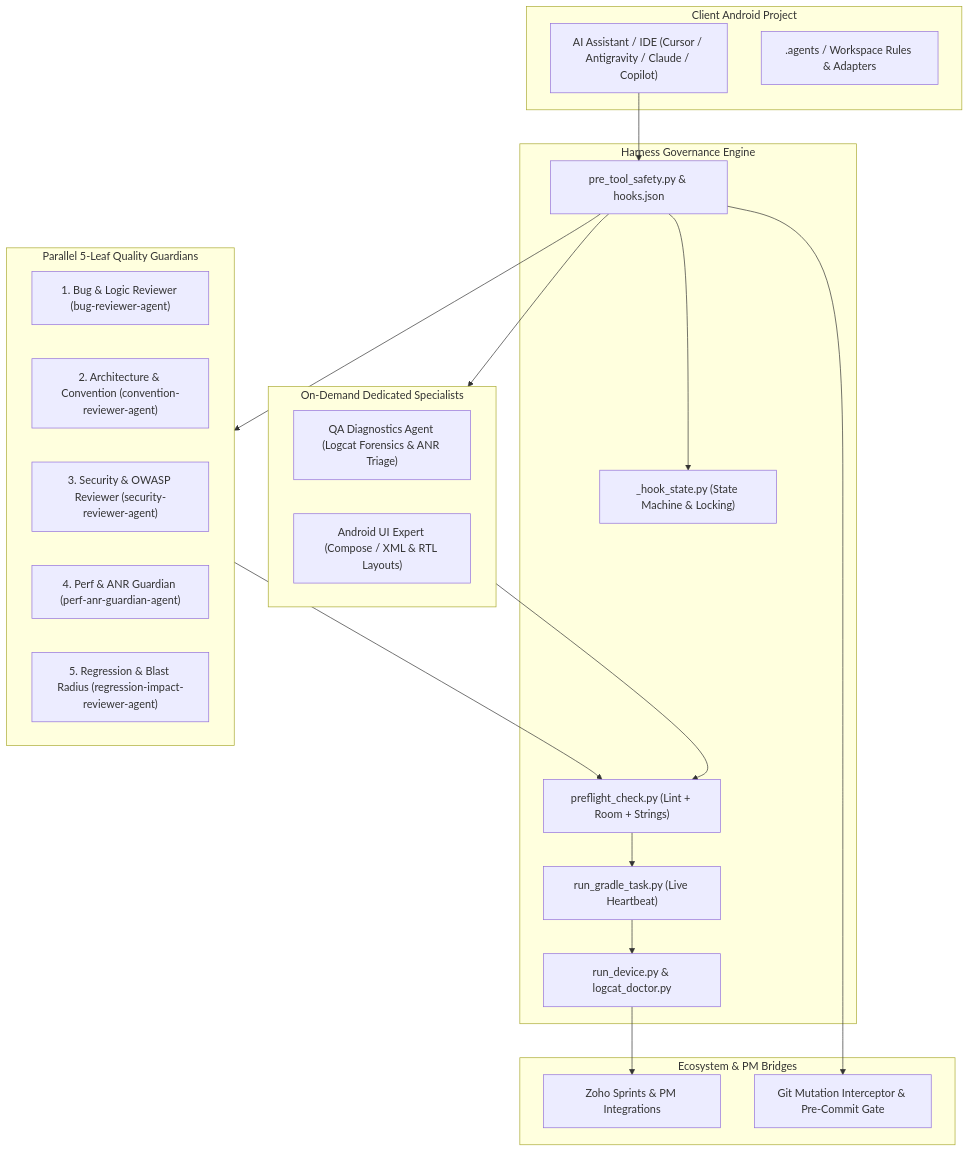
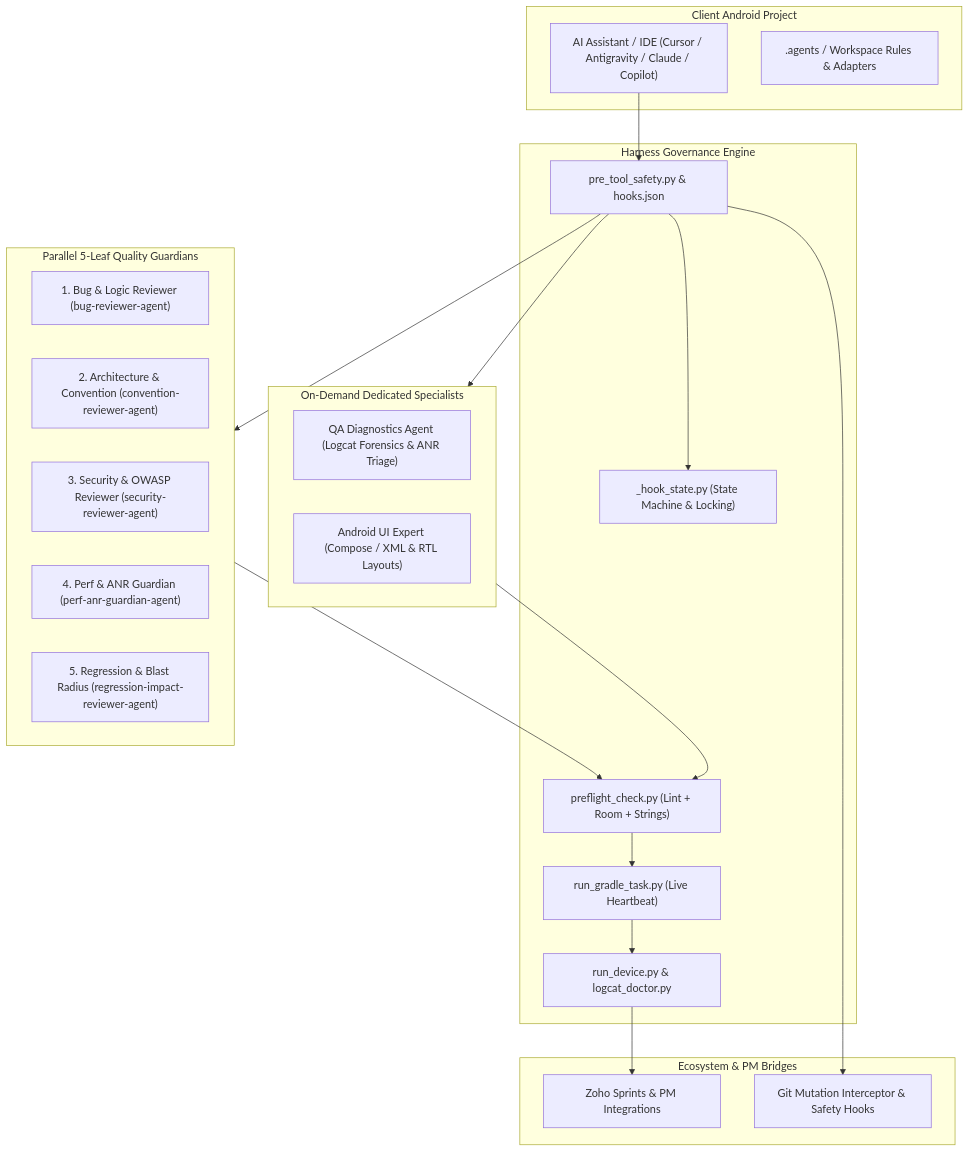
One commit to rabee-elkholy/android-agent-harness changed the first of 2 diagrams in docs/architecture.md. Above: the diagram before and after it, drawn with Mermaid. The commit also changed other lines of this file and 19 other files, not shown here.

````diff
--- a/docs/architecture.md
+++ b/docs/architecture.md
@@ -10,44 +10,44 @@
 ```mermaid
 graph TB
     subgraph Client ["Client Android Project"]
         IDE["AI Assistant / IDE (Cursor / Antigravity / Claude / Copilot)"]
         FS[".agents / Workspace Rules & Adapters"]
     end
 
     subgraph Governance ["Harness Governance Engine"]
         SafetyHooks["pre_tool_safety.py & hooks.json"]
         StateManager["_hook_state.py (State Machine & Locking)"]
         Preflight["preflight_check.py (Lint + Room + Strings)"]
         GradleStream["run_gradle_task.py (Live Heartbeat)"]
         DeviceRunner["run_device.py & logcat_doctor.py"]
     end
 
     subgraph Reviewers ["Parallel 5-Leaf Quality Guardians"]
         R1["1. Bug & Logic Reviewer (bug-reviewer-agent)"]
         R2["2. Architecture & Convention (convention-reviewer-agent)"]
         R3["3. Security & OWASP Reviewer (security-reviewer-agent)"]
         R4["4. Perf & ANR Guardian (perf-anr-guardian-agent)"]
         R5["5. Regression & Blast Radius (regression-impact-reviewer-agent)"]
     end
 
     subgraph Specialists ["On-Demand Dedicated Specialists"]
         S1["QA Diagnostics Agent (Logcat Forensics & ANR Triage)"]
         S2["Android UI Expert (Compose / XML & RTL Layouts)"]
     end
 
     subgraph Integrations ["Ecosystem & PM Bridges"]
         ZohoMCP["Zoho Sprints & PM Integrations"]
-        GitGuard["Git Mutation Interceptor & Pre-Commit Gate"]
+        GitGuard["Git Mutation Interceptor & Safety Hooks"]
     end
 
     IDE --> SafetyHooks
     SafetyHooks --> StateManager
     SafetyHooks --> GitGuard
     SafetyHooks --> Reviewers
     SafetyHooks --> Specialists
     Reviewers --> Preflight
     Specialists --> Preflight
     Preflight --> GradleStream
     GradleStream --> DeviceRunner
     DeviceRunner --> ZohoMCP
 ```
````
